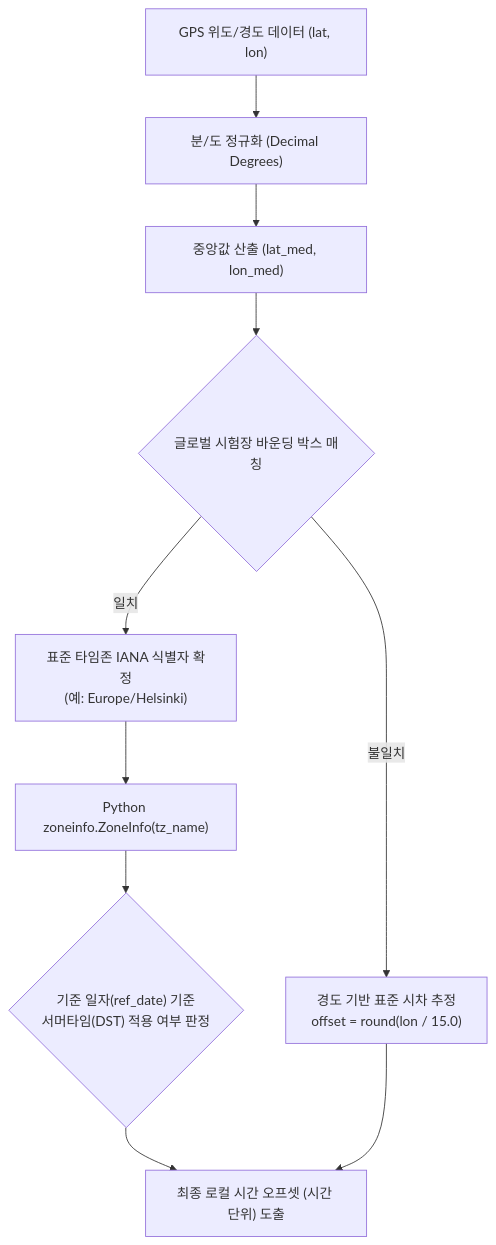
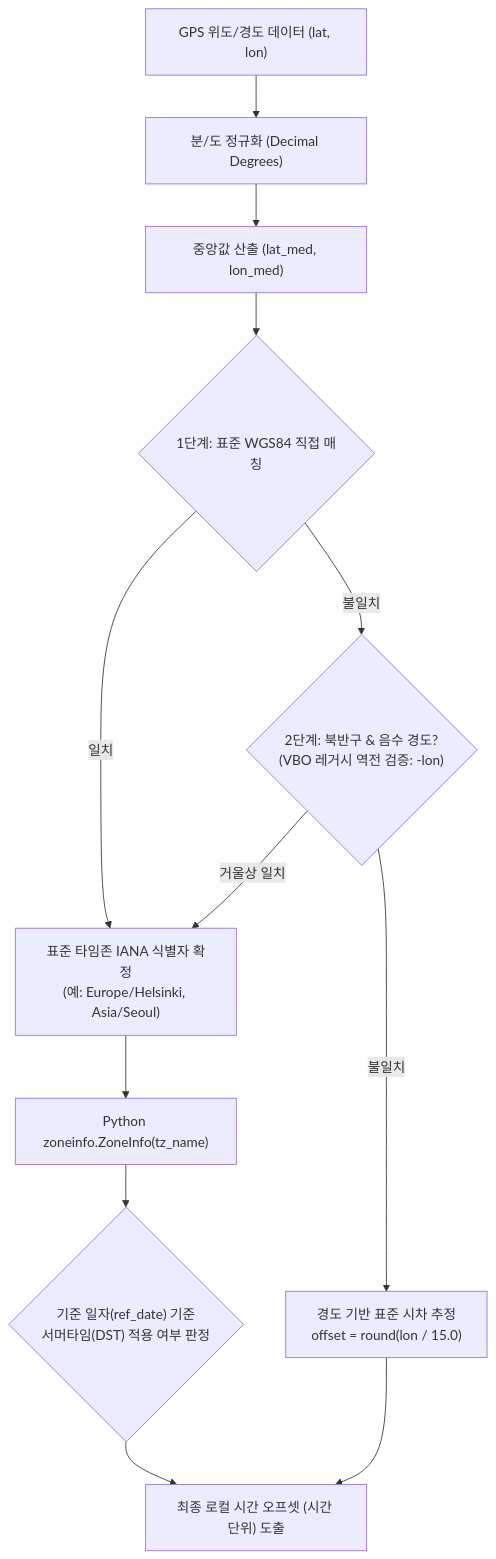
The diagram in 04_Resources/11_회사_실차평가_데이터프레임/22_GPS_좌표_기반_타임존_자동_판별_및_시계열_합성_이론.md (uunnooo/00_obsidian), drawn with Mermaid before and after one commit. The commit also changed other lines of this file and 8 other files, not shown here.

````diff
--- a/04_Resources/11_회사_실차평가_데이터프레임/22_GPS_좌표_기반_타임존_자동_판별_및_시계열_합성_이론.md
+++ b/04_Resources/11_회사_실차평가_데이터프레임/22_GPS_좌표_기반_타임존_자동_판별_및_시계열_합성_이론.md
@@ -42,15 +42,18 @@
 ```mermaid
 flowchart TD
     RawCoords["GPS 위도/경도 데이터 (lat, lon)"] --> Norm["분/도 정규화 (Decimal Degrees)"]
     Norm --> Med["중앙값 산출 (lat_med, lon_med)"]
-    Med --> BBox{"글로벌 시험장 바운딩 박스 매칭"}
+    Med --> BBox{"1단계: 표준 WGS84 직접 매칭"}
     
-    BBox -->|일치| TZ_Name["표준 타임존 IANA 식별자 확정<br>(예: Europe/Helsinki)"]
-    BBox -->|불일치| LongCalc["경도 기반 표준 시차 추정<br>offset = round(lon / 15.0)"]
+    BBox -->|일치| TZ_Name["표준 타임존 IANA 식별자 확정<br>(예: Europe/Helsinki, Asia/Seoul)"]
+    BBox -->|불일치| MirrorCheck{"2단계: 북반구 & 음수 경도?<br>(VBO 레거시 역전 검증: -lon)"}
+    
+    MirrorCheck -->|거울상 일치| TZ_Name
+    MirrorCheck -->|불일치| LongCalc["경도 기반 표준 시차 추정<br>offset = round(lon / 15.0)"]
     
     TZ_Name --> ZoneInfo["Python zoneinfo.ZoneInfo(tz_name)"]
     ZoneInfo --> DSTCalc{"기준 일자(ref_date) 기준<br>서머타임(DST) 적용 여부 판정"}
     
     DSTCalc --> FinalOffset["최종 로컬 시간 오프셋 (시간 단위) 도출"]
     LongCalc --> FinalOffset
 ```
````
